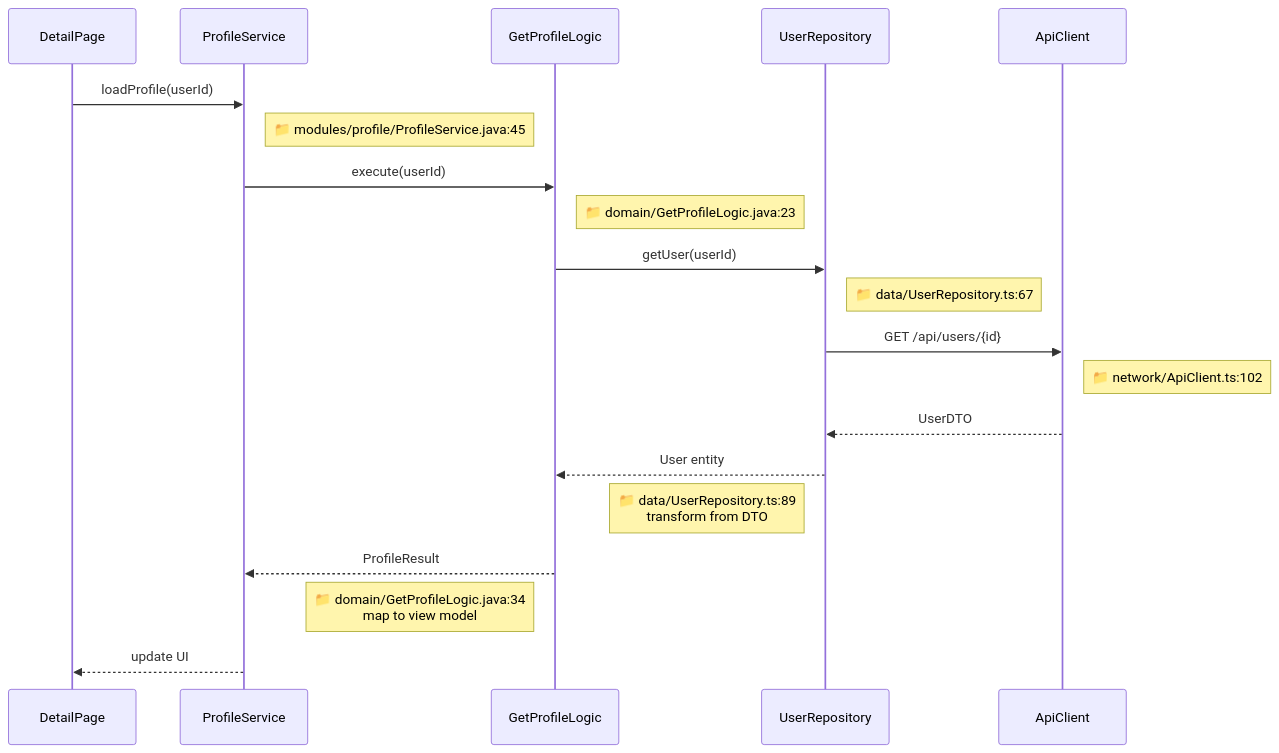
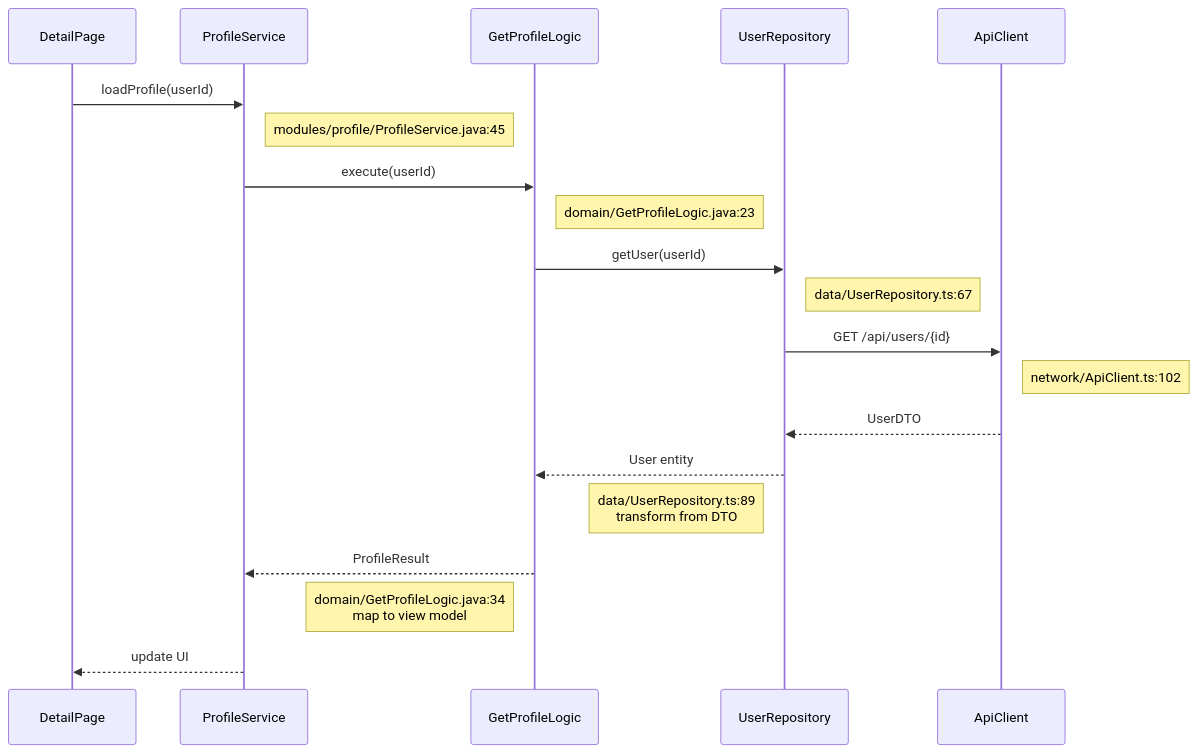
The fourth of 8 diagrams in references/mermaid-spec.md (CaostGrace/project-arch-reverse), drawn with Mermaid before and after one commit. The commit also changed other lines of this file and 10 other files, not shown here.

Commit message:
fix: 修复 12.1 流程图 Mermaid 渲染问题 - 结构重组+节点引号+形状修复

````diff
--- a/references/mermaid-spec.md
+++ b/references/mermaid-spec.md
@@ -125,23 +132,23 @@
 ```mermaid
 sequenceDiagram
     participant UI as DetailPage
     participant Logic as ProfileService
     participant UC as GetProfileLogic
     participant Repo as UserRepository
     participant API as ApiClient
 
     UI->>Logic: loadProfile(userId)
-    Note right of Logic: 📁 modules/profile/ProfileService.java:45
+    Note right of Logic:  modules/profile/ProfileService.java:45
     Logic->>UC: execute(userId)
-    Note right of UC: 📁 domain/GetProfileLogic.java:23
+    Note right of UC:  domain/GetProfileLogic.java:23
     UC->>Repo: getUser(userId)
-    Note right of Repo: 📁 data/UserRepository.ts:67
+    Note right of Repo:  data/UserRepository.ts:67
     Repo->>API: GET /api/users/{id}
-    Note right of API: 📁 network/ApiClient.ts:102
+    Note right of API:  network/ApiClient.ts:102
     API-->>Repo: UserDTO
     Repo-->>UC: User entity
-    Note left of Repo: 📁 data/UserRepository.ts:89<br/>transform from DTO
+    Note left of Repo:  data/UserRepository.ts:89<br>transform from DTO
     UC-->>Logic: ProfileResult
-    Note left of UC: 📁 domain/GetProfileLogic.java:34<br/>map to view model
+    Note left of UC:  domain/GetProfileLogic.java:34<br>map to view model
     Logic-->>UI: update UI
 ```
````
